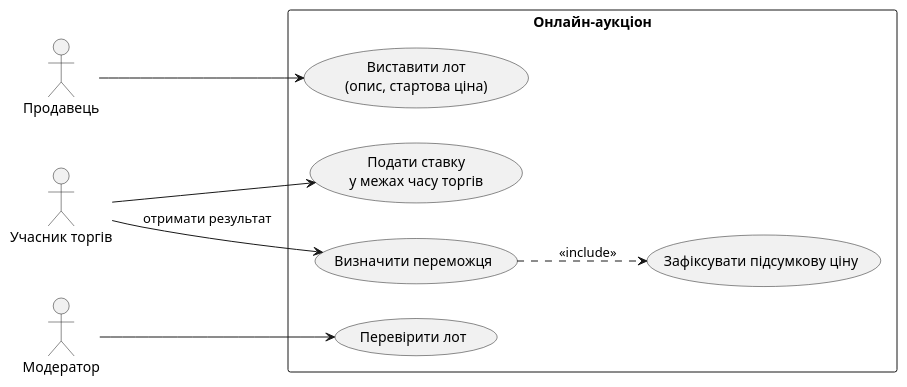
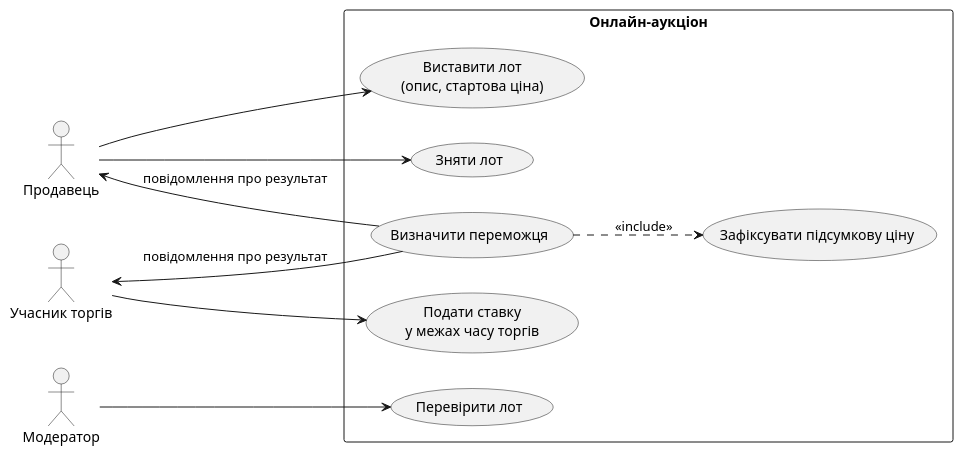
The diagram in docs/usecase.puml (KitoragiVioleta/onlineauction), drawn with PlantUML before and after one commit. The commit also changed 4 other files, not shown here.

Commit message:
fix: align diagrams with refined model

```diff
--- a/docs/usecase.puml
+++ b/docs/usecase.puml
@@ -1,23 +1,26 @@
 @startuml
 left to right direction
 skinparam packageStyle rectangle
 
 actor "Продавець" as Seller
 actor "Учасник торгів" as Bidder
 actor "Модератор" as Moderator
 
 rectangle "Онлайн-аукціон" {
   usecase "Виставити лот\n(опис, стартова ціна)" as UC_CreateLot
+  usecase "Зняти лот" as UC_WithdrawLot
   usecase "Перевірити лот" as UC_ReviewLot
   usecase "Подати ставку\nу межах часу торгів" as UC_PlaceBid
   usecase "Визначити переможця" as UC_DetermineWinner
   usecase "Зафіксувати підсумкову ціну" as UC_FinalPrice
 }
 
 Seller --> UC_CreateLot
+Seller --> UC_WithdrawLot
 Moderator --> UC_ReviewLot
 Bidder --> UC_PlaceBid
-Bidder --> UC_DetermineWinner : отримати результат
 
 UC_DetermineWinner ..> UC_FinalPrice : <<include>>
+UC_DetermineWinner --> Seller : повідомлення про результат
+UC_DetermineWinner --> Bidder : повідомлення про результат
 @enduml
```
